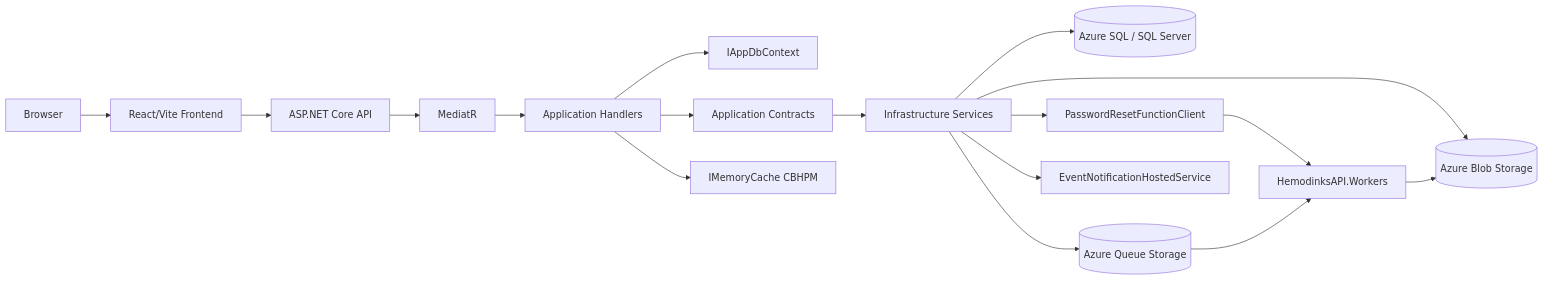
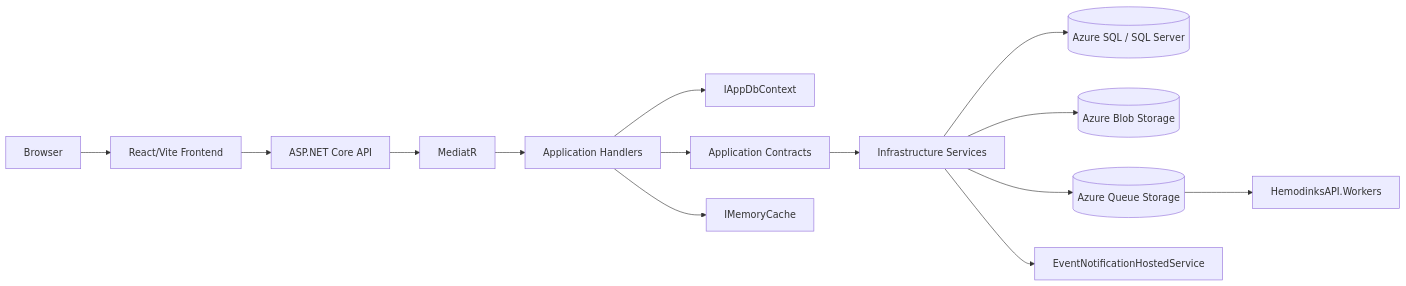
One commit to Hemodinks/hemodinks-api changed the first of 6 diagrams in docs/TECHNICAL_DOCUMENTATION.md. Above: the diagram before and after it, drawn with Mermaid. The commit also changed other lines of this file and 7 other files, not shown here.

````diff
--- a/docs/TECHNICAL_DOCUMENTATION.md
+++ b/docs/TECHNICAL_DOCUMENTATION.md
@@ -44,19 +35,16 @@
 ```mermaid
 flowchart LR
     Browser[Browser] --> Front[React/Vite Frontend]
     Front --> API[ASP.NET Core API]
     API --> Mediator[MediatR]
     Mediator --> Handlers[Application Handlers]
     Handlers --> DbContext[IAppDbContext]
     Handlers --> Contracts[Application Contracts]
     Contracts --> Infra[Infrastructure Services]
     Infra --> Sql[(Azure SQL / SQL Server)]
     Infra --> Blob[(Azure Blob Storage)]
-    Infra --> ResetHttp[PasswordResetFunctionClient]
     Infra --> Queue[(Azure Queue Storage)]
-    ResetHttp --> Functions[HemodinksAPI.Workers]
     Queue --> Functions[HemodinksAPI.Workers]
-    Functions --> Blob
     Infra --> Worker[EventNotificationHostedService]
-    Handlers --> Cache[IMemoryCache CBHPM]
+    Handlers --> Cache[IMemoryCache]
 ```
````
